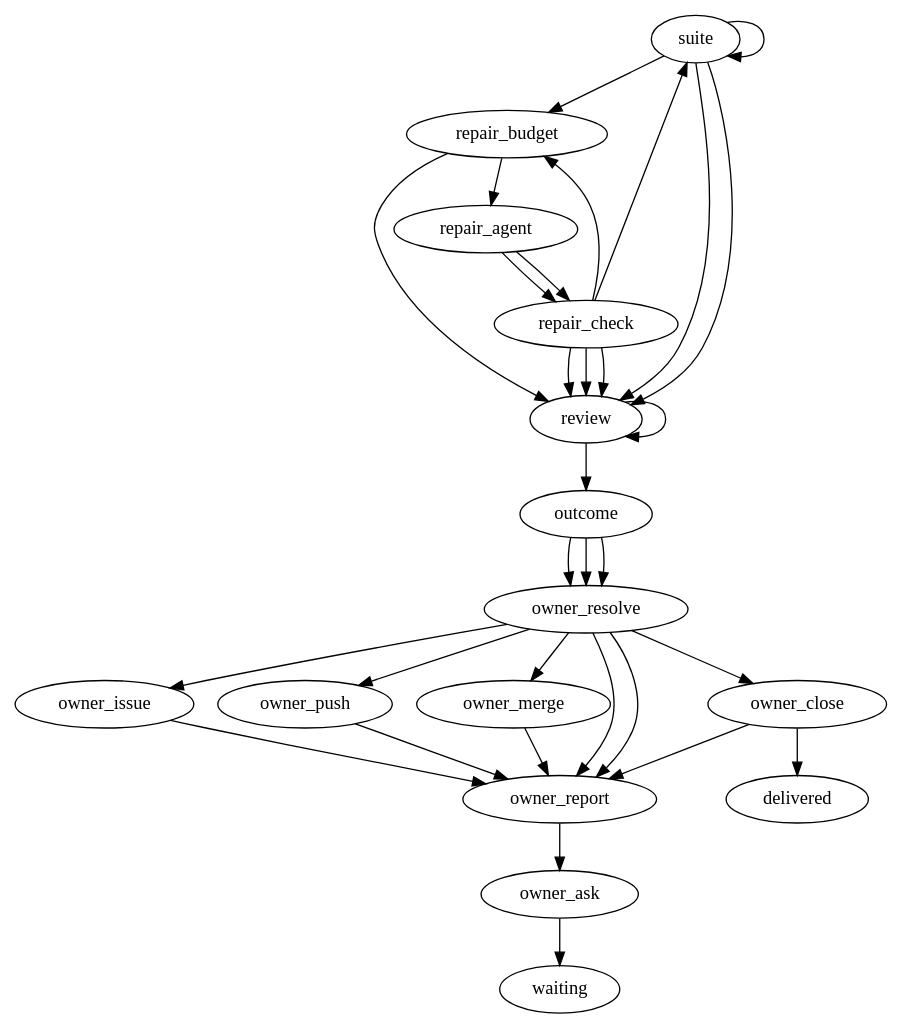
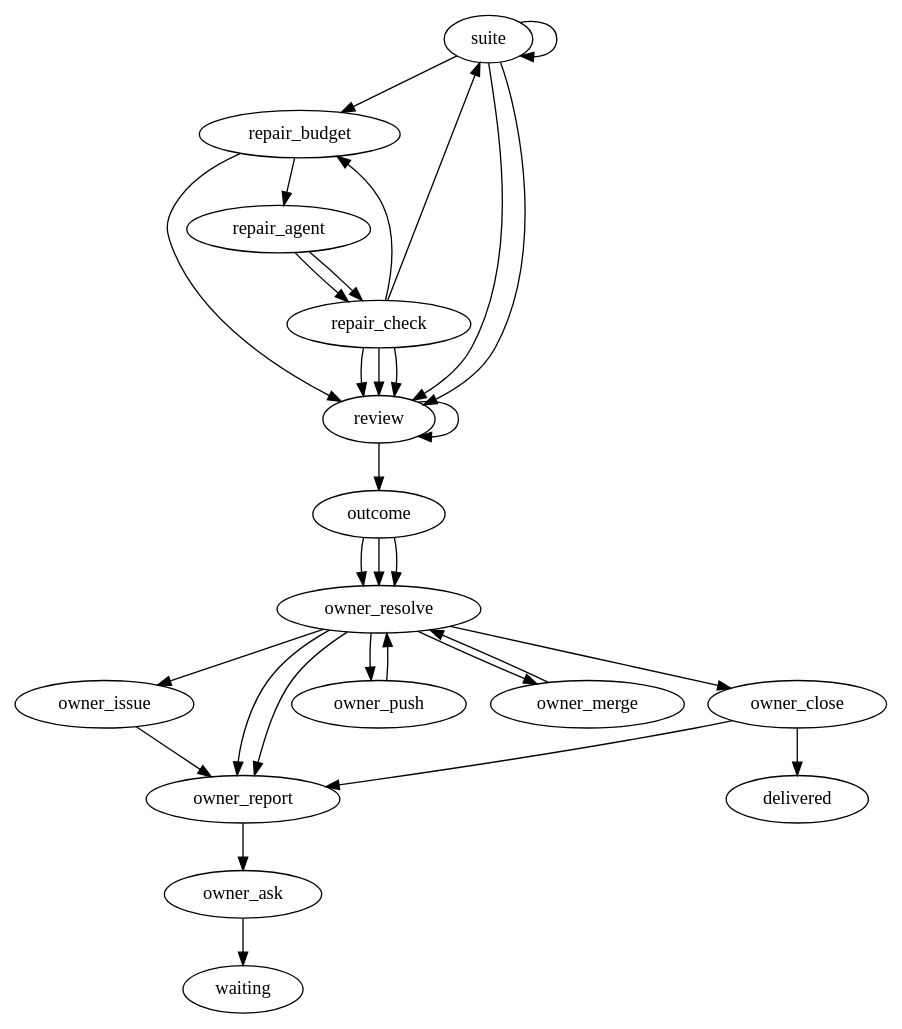
One commit to marioatcloudvane/litefactory changed the diagram in teams/go-development/v1/validate/validate.dot. Above: the diagram before and after it, drawn with Graphviz. The commit also changed 192 other files, not shown here.

```diff
--- a/teams/go-development/v1/validate/validate.dot
+++ b/teams/go-development/v1/validate/validate.dot
@@ -1,112 +1,115 @@
 // Validate checks the code a story branch holds. The factory first runs the full
 // suite on one exact commit. A passed suite goes straight to review. A failed
 // suite gets at most two repair rounds from one write-access agent; the factory
 // measures what the agent really changed, keeps a small change as a new commit
 // and runs the suite on it again, and rejects a change over the limits. Three
 // read-only reviewers then assess the final tested commit side by side. The run
 // ends in one of three ends: assessed, handed back to Implement, or blocked.
 //
 // This file is the only place the flow lives. Order, branches, the repair bound,
 // the time budget, the measured limits and the reviewers are all declared here.
 // Go supplies steps; it never picks the next step.
 //
 // After the outcome the owner side begins. The run resolves the owner's reply,
 // refreshes the one report comment and waits for the owner through the existing
 // graph wait; the owner's reply re-enters the resolve step. Every remote effect
 // (follow-up issue, push with pull request, merge, close) is its own step and is
 // reached only from the owner's own command, so one confirmation never implies
-// the next. The run succeeds only after the close step has closed the accepted
+// the next, except the explicit /validate-ship: push and merge return to the
+// resolve step, which carries a ship command on push -> merge -> close until a
+// step fails or delivery ends, and returns to the owner wait after any other
+// command. The run succeeds only after the close step has closed the accepted
 // issues, and the resolve loop is bounded by its lf_limit.
 //
 // The repair bound is two rounds. Every round is counted from the moment it
 // starts, so a round that times out or is interrupted is used. The time budget
 // is in agent minutes and does not include the time the suite runs. The limits
 // of one repair are the number of files and the kinds of change that are not
 // allowed: package layout, dependencies, schema, public API, a deleted or
 // skipped test and a changed acceptance criterion.
 //
 // Every path to an end passes through review, so a failed or blocked suite still
 // gets static findings. The outcome step decides the end from the recorded
 // facts: a passed suite ends assessed, a suite that still fails ends handed back
 // with what Implement must change, and a suite that could not give a trustworthy
 // answer ends blocked with its reason. Nothing here accepts or approves.
 digraph validate {
  graph [team="builtin", mode="validate", profile_version="1", start="suite"];
 
  // ---- Test the commit ---------------------------------------------------------
  // A finished result for the commit is reused as it is. The suite runs again
  // only on a new commit made by a kept repair.
  suite [lf_action="lf_validate_suite", lf_outcomes="passed,failed,blocked,retry", lf_limit="16"];
 
  // ---- Repair loop (at most two rounds) ---------------------------------------
  repair_budget [lf_action="lf_validate_repair_budget", lf_outcomes="run,spent", lf_rounds="2", lf_suite="suite", lf_limit="6"];
  repair_agent  [lf_action="lf_agent", lf_outcomes="success,failed", lf_agent_markdown="validate-repair", lf_skills="validate-repair-report", lf_access="write", lf_budget="15", lf_limit="2"];
  repair_check  [lf_action="lf_validate_repair_check", lf_outcomes="kept,too_big,handback,unfinished,blocked", lf_max_files="3", lf_forbid="package,dependency,schema,api,tests,criteria", lf_source="repair_agent", lf_suite="suite", lf_limit="4"];
 
  // ---- Review the final tested commit (read-only, side by side) ----------------
  review [lf_action="lf_validate_review", lf_outcomes="done,retry", lf_roles="validate-acceptance,validate-code,validate-architecture", lf_skills="validate-review", lf_suite="suite", lf_limit="32"];
 
  // ---- Join the findings and record the end -------------------------------------
  outcome [lf_action="lf_validate_outcome", lf_outcomes="assessed,handed_back,blocked", lf_suite="suite", lf_limit="2"];
 
  // ---- Owner resolution ----------------------------------------------------------
  // The loop limit is lf_limit on resolve. When it runs out the run stops and
  // nothing is approved, because every effect needs a command inside the loop.
  owner_resolve [lf_action="lf_validate_resolve", lf_outcomes="wait,create_issue,push,merge,close,stale", lf_suite="suite", lf_limit="24"];
  owner_report  [lf_action="lf_validate_report", lf_outcomes="done", lf_limit="64"];
  owner_ask     [lf_action="lf_validate_ask", lf_outcomes="published", lf_source="owner_resolve", lf_limit="32"];
  owner_issue   [lf_action="lf_validate_issue", lf_outcomes="done", lf_limit="24"];
  owner_push    [lf_action="lf_validate_push", lf_outcomes="done", lf_limit="8"];
  owner_merge   [lf_action="lf_validate_merge", lf_outcomes="done", lf_limit="8"];
  owner_close   [lf_action="lf_validate_close", lf_outcomes="closed,open", lf_limit="8"];
 
  // ---- Ends ------------------------------------------------------------------------
  // waiting rests on the owner; delivered is reached only from a closed close.
  waiting   [lf_terminal="true"];
  delivered [lf_terminal="true"];
 
  // A passed suite needs no repair; a blocked one is not a code failure, so it is
  // not repaired either. A failed suite starts a repair round.
  suite -> review        [lf_on="passed"];
  suite -> repair_budget [lf_on="failed"];
  suite -> review        [lf_on="blocked"];
  suite -> suite         [lf_on="retry"];
 
  // One round: start it (this settles any round a restart left behind), run the
  // agent, measure the real change. A kept change is a new commit and is tested
  // again. A change that is too big, a diagnosis that is a handback and a round
  // that cannot be measured go to review. A round that did not finish, such as a
  // timeout, is used up; the budget decides whether another round may start.
  repair_budget -> repair_agent  [lf_on="run"];
  repair_budget -> review        [lf_on="spent"];
  repair_agent  -> repair_check  [lf_on="success"];
  repair_agent  -> repair_check  [lf_on="failed"];
  repair_check  -> suite         [lf_on="kept"];
  repair_check  -> review        [lf_on="too_big"];
  repair_check  -> review        [lf_on="handback"];
  repair_check  -> repair_budget [lf_on="unfinished"];
  repair_check  -> review        [lf_on="blocked"];
 
  review  -> outcome [lf_on="done"];
  review  -> review  [lf_on="retry"];
 
  // Every end goes to the owner: an assessed run asks what to do with the
  // findings, a handed back or blocked one shows why and what is open.
  outcome -> owner_resolve [lf_on="assessed"];
  outcome -> owner_resolve [lf_on="handed_back"];
  outcome -> owner_resolve [lf_on="blocked"];
 
  owner_resolve -> owner_report       [lf_on="wait"];
  owner_resolve -> owner_report       [lf_on="stale"];
  owner_resolve -> owner_issue        [lf_on="create_issue"];
  owner_resolve -> owner_push         [lf_on="push"];
  owner_resolve -> owner_merge        [lf_on="merge"];
  owner_resolve -> owner_close        [lf_on="close"];
  owner_issue -> owner_report       [lf_on="done"];
- owner_push -> owner_report       [lf_on="done"];
- owner_merge -> owner_report       [lf_on="done"];
+ owner_push -> owner_resolve      [lf_on="done"];
+ owner_merge -> owner_resolve      [lf_on="done"];
  owner_close -> delivered    [lf_on="closed"];
  owner_close -> owner_report       [lf_on="open"];
  owner_report -> owner_ask          [lf_on="done"];
  owner_ask -> waiting      [lf_on="published"];
 }
```
